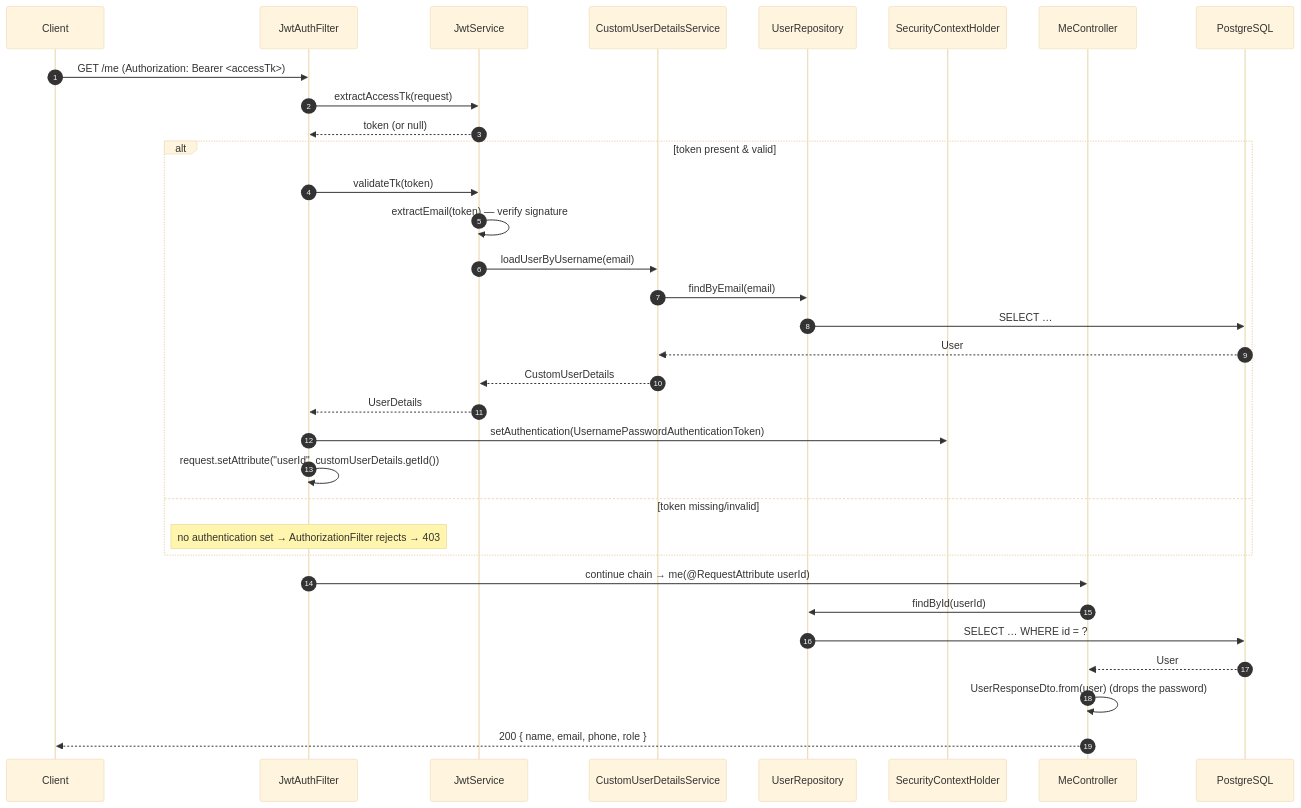
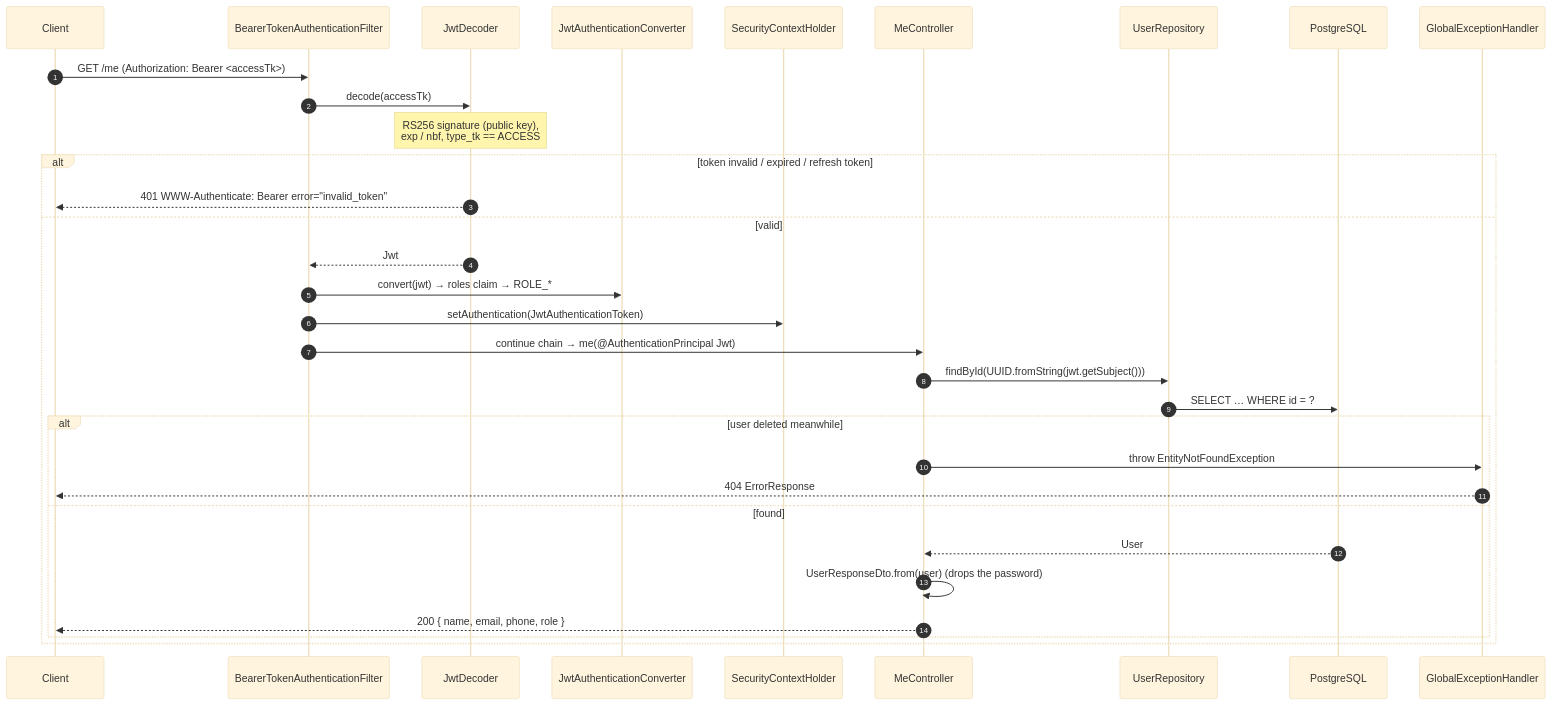
The sixth of 7 diagrams in docs/BACKEND_FLOW.md (Umex10/authkit), drawn with Mermaid (base theme) before and after one commit. The commit also changed other lines of this file and 4 other files, not shown here.

First line of the commit message:
docs: describe the RS256 resource-server flow and the current tests

````diff
--- a/docs/BACKEND_FLOW.md
+++ b/docs/BACKEND_FLOW.md
@@ -245,36 +272,35 @@
 ```mermaid
 sequenceDiagram
     autonumber
     participant C as Client
-    participant JAF as JwtAuthFilter
-    participant JS as JwtService
-    participant CUDS as CustomUserDetailsService
-    participant UR as UserRepository
+    participant BTAF as BearerTokenAuthenticationFilter
+    participant JD as JwtDecoder
+    participant JAC as JwtAuthenticationConverter
     participant SCH as SecurityContextHolder
     participant MC as MeController
+    participant UR as UserRepository
     participant DB as PostgreSQL
+    participant GEH as GlobalExceptionHandler
 
-    C->>JAF: GET /me (Authorization: Bearer <accessTk>)
-    JAF->>JS: extractAccessTk(request)
-    JS-->>JAF: token (or null)
-    alt token present & valid
-        JAF->>JS: validateTk(token)
-        JS->>JS: extractEmail(token) — verify signature
-        JS->>CUDS: loadUserByUsername(email)
-        CUDS->>UR: findByEmail(email)
-        UR->>DB: SELECT …
-        DB-->>CUDS: User
-        CUDS-->>JS: CustomUserDetails
-        JS-->>JAF: UserDetails
-        JAF->>SCH: setAuthentication(UsernamePasswordAuthenticationToken)
-        JAF->>JAF: request.setAttribute("userId", customUserDetails.getId())
-    else token missing/invalid
-        Note over JAF: no authentication set → AuthorizationFilter rejects → 403
+    C->>BTAF: GET /me (Authorization: Bearer <accessTk>)
+    BTAF->>JD: decode(accessTk)
+    Note over JD: RS256 signature (public key),<br/>exp / nbf, type_tk == ACCESS
+    alt token invalid / expired / refresh token
+        JD-->>C: 401 WWW-Authenticate: Bearer error="invalid_token"
+    else valid
+        JD-->>BTAF: Jwt
+        BTAF->>JAC: convert(jwt) → roles claim → ROLE_*
+        BTAF->>SCH: setAuthentication(JwtAuthenticationToken)
+        BTAF->>MC: continue chain → me(@AuthenticationPrincipal Jwt)
+        MC->>UR: findById(UUID.fromString(jwt.getSubject()))
+        UR->>DB: SELECT … WHERE id = ?
+        alt user deleted meanwhile
+            MC->>GEH: throw EntityNotFoundException
+            GEH-->>C: 404 ErrorResponse
+        else found
+            DB-->>MC: User
+            MC->>MC: UserResponseDto.from(user)  (drops the password)
+            MC-->>C: 200 { name, email, phone, role }
+        end
     end
-    JAF->>MC: continue chain → me(@RequestAttribute userId)
-    MC->>UR: findById(userId)
-    UR->>DB: SELECT … WHERE id = ?
-    DB-->>MC: User
-    MC->>MC: UserResponseDto.from(user)  (drops the password)
-    MC-->>C: 200 { name, email, phone, role }
 ```
````
